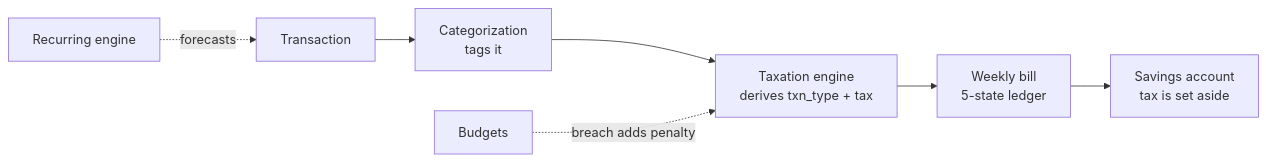
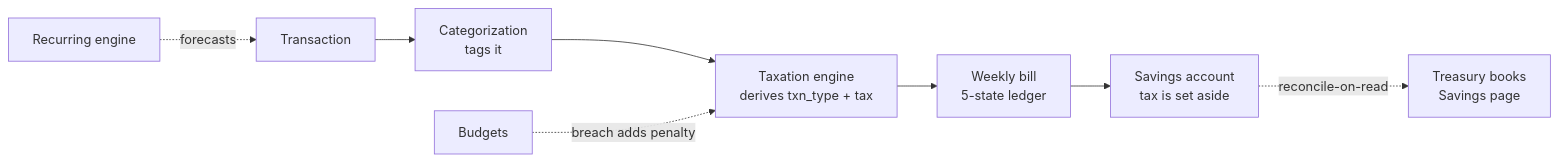
One commit to Aevum-Finance/aevum-finance changed the second of 4 diagrams in ARCHITECTURE.md. Above: the diagram before and after it, drawn with Mermaid. The commit also changed other lines of this file and 31 other files, not shown here.

````diff
--- a/ARCHITECTURE.md
+++ b/ARCHITECTURE.md
@@ -76,9 +79,10 @@
 ```mermaid
 flowchart LR
     T[Transaction] --> C[Categorization<br/>tags it]
     C --> X[Taxation engine<br/>derives txn_type + tax]
     X --> B[Weekly bill<br/>5-state ledger]
     B --> S[Savings account<br/>tax is set aside]
+    S -. reconcile-on-read .-> TR[Treasury books<br/>Savings page]
     BU[Budgets] -. breach adds penalty .-> X
     R[Recurring engine] -. forecasts .-> T
 ```
````
